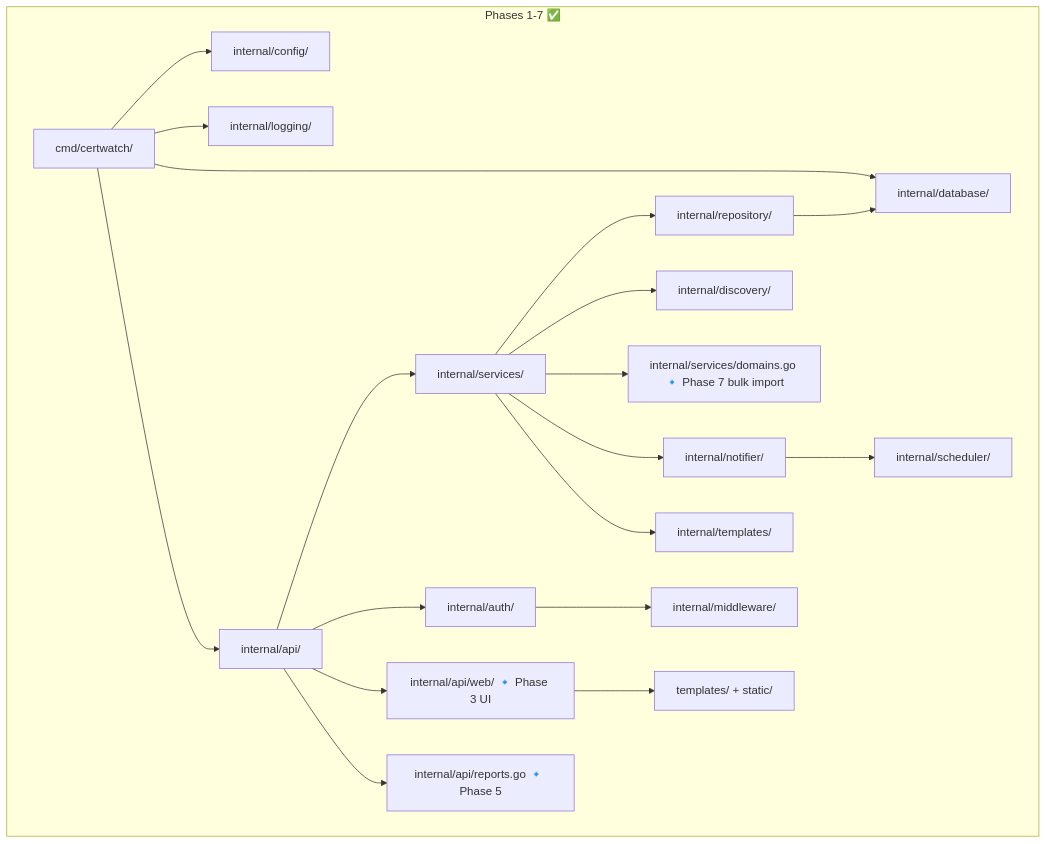
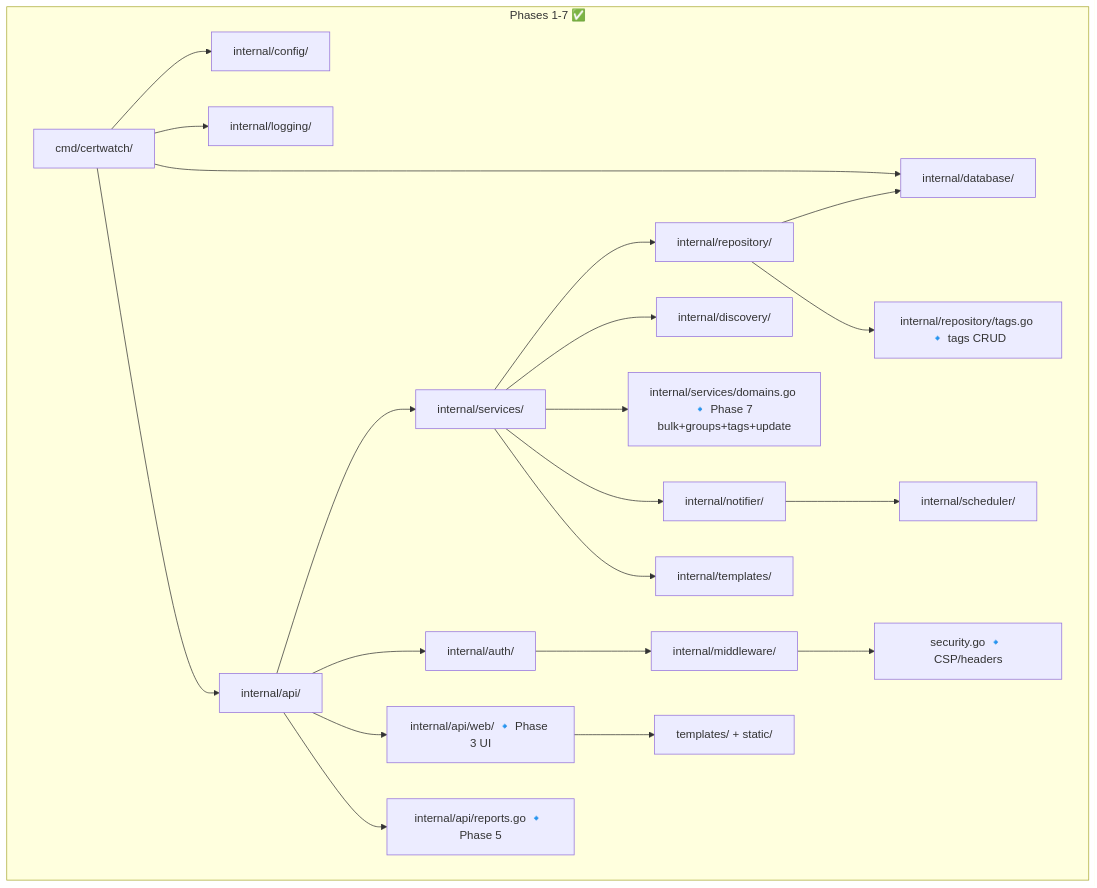
Before and after one commit to araujofrancisco/certwatch: the diagram in docs/architecture.md, drawn with Mermaid. The commit also changed other lines of this file and 28 other files, not shown here.

Commit message:
Phase 7: groups, tags, domain update, security audit fixes

````diff
--- a/docs/architecture.md
+++ b/docs/architecture.md
@@ -8,18 +8,20 @@
 ```mermaid
 graph TD
     subgraph "Phases 1-7 ✅"
         cmd/certwatch/ --> internal/config/
         cmd/certwatch/ --> internal/logging/
         cmd/certwatch/ --> internal/database/
         cmd/certwatch/ --> internal/api/ --> internal/services/ --> internal/repository/
         internal/repository/ --> internal/database/
         internal/services/ --> internal/discovery/
         internal/api/ --> internal/auth/ --> internal/middleware/
+        internal/middleware/ --> MS[security.go 🔹 CSP/headers]
         internal/api/ --> U[internal/api/web/ 🔹 Phase 3 UI]
         U --> T[templates/ + static/]
         internal/api/ --> R[internal/api/reports.go 🔹 Phase 5]
-        internal/services/ --> I[internal/services/domains.go 🔹 Phase 7 bulk import]
+        internal/services/ --> I[internal/services/domains.go 🔹 Phase 7 bulk+groups+tags+update]
         internal/services/ --> internal/notifier/ --> internal/scheduler/
         internal/services/ --> internal/templates/
+        internal/repository/ --> TG[internal/repository/tags.go 🔹 tags CRUD]
     end
 ```
````
